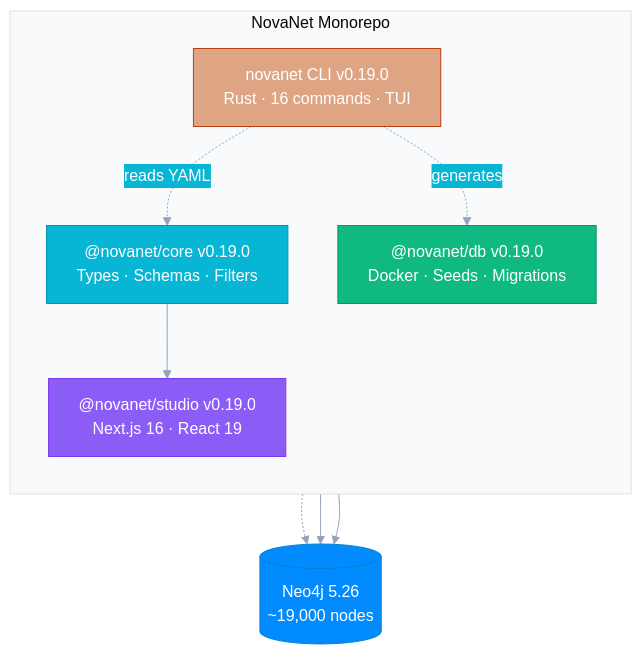
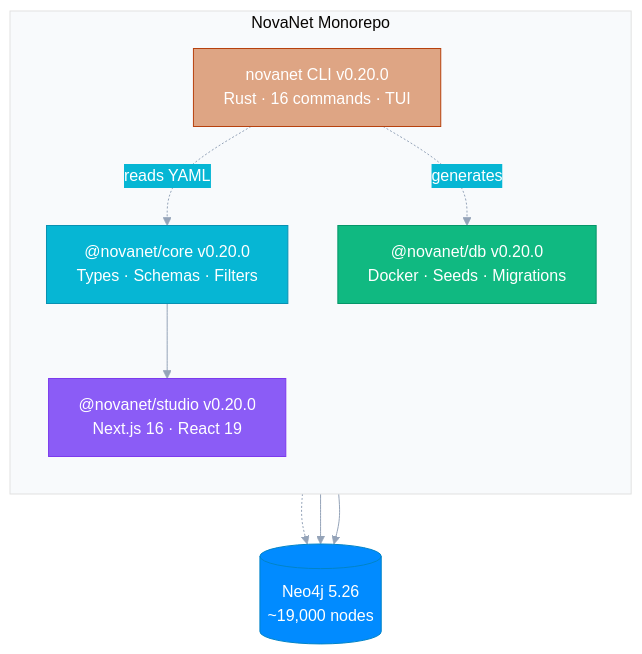
Before and after one commit to supernovae-st/novanet: the diagram in README.md, drawn with Mermaid. The commit also changed other lines of this file and 1 other file, not shown here.

Commit message:
chore(cli): bump version to 0.20.0, fix README version references
Aligns CLI Cargo.toml version with novanet-mcp and documentation.
Fixes README.md diagram showing stale v0.19.0 references.

````diff
--- a/README.md
+++ b/README.md
@@ -46,33 +46,33 @@
 ```mermaid
 %%{init: {'theme': 'base', 'themeVariables': {
   'primaryColor': '#6366f1',
   'primaryTextColor': '#fff',
   'primaryBorderColor': '#4f46e5',
   'lineColor': '#94a3b8',
   'secondaryColor': '#06b6d4',
   'tertiaryColor': '#f8fafc'
 }}}%%
 flowchart TB
     subgraph MONO["NovaNet Monorepo"]
         direction TB
-        CORE["@novanet/core v0.19.0\nTypes · Schemas · Filters"]
-        DB["@novanet/db v0.19.0\nDocker · Seeds · Migrations"]
-        STUDIO["@novanet/studio v0.19.0\nNext.js 16 · React 19"]
-        RUST["novanet CLI v0.19.0\nRust · 16 commands · TUI"]
+        CORE["@novanet/core v0.20.0\nTypes · Schemas · Filters"]
+        DB["@novanet/db v0.20.0\nDocker · Seeds · Migrations"]
+        STUDIO["@novanet/studio v0.20.0\nNext.js 16 · React 19"]
+        RUST["novanet CLI v0.20.0\nRust · 16 commands · TUI"]
     end
 
     CORE --> STUDIO
     RUST -.->|reads YAML| CORE
     RUST -.->|generates| DB
 
     NEO4J[("Neo4j 5.26\n~19,000 nodes")]
     DB -.-> NEO4J
     STUDIO --> NEO4J
     RUST --> NEO4J
 
     style CORE fill:#06b6d4,stroke:#0891b2,color:#fff
     style DB fill:#10b981,stroke:#059669,color:#fff
     style STUDIO fill:#8b5cf6,stroke:#7c3aed,color:#fff
     style RUST fill:#DEA584,stroke:#B7410E,color:#fff
     style NEO4J fill:#018bff,stroke:#0284c7,color:#fff
 ```
````
